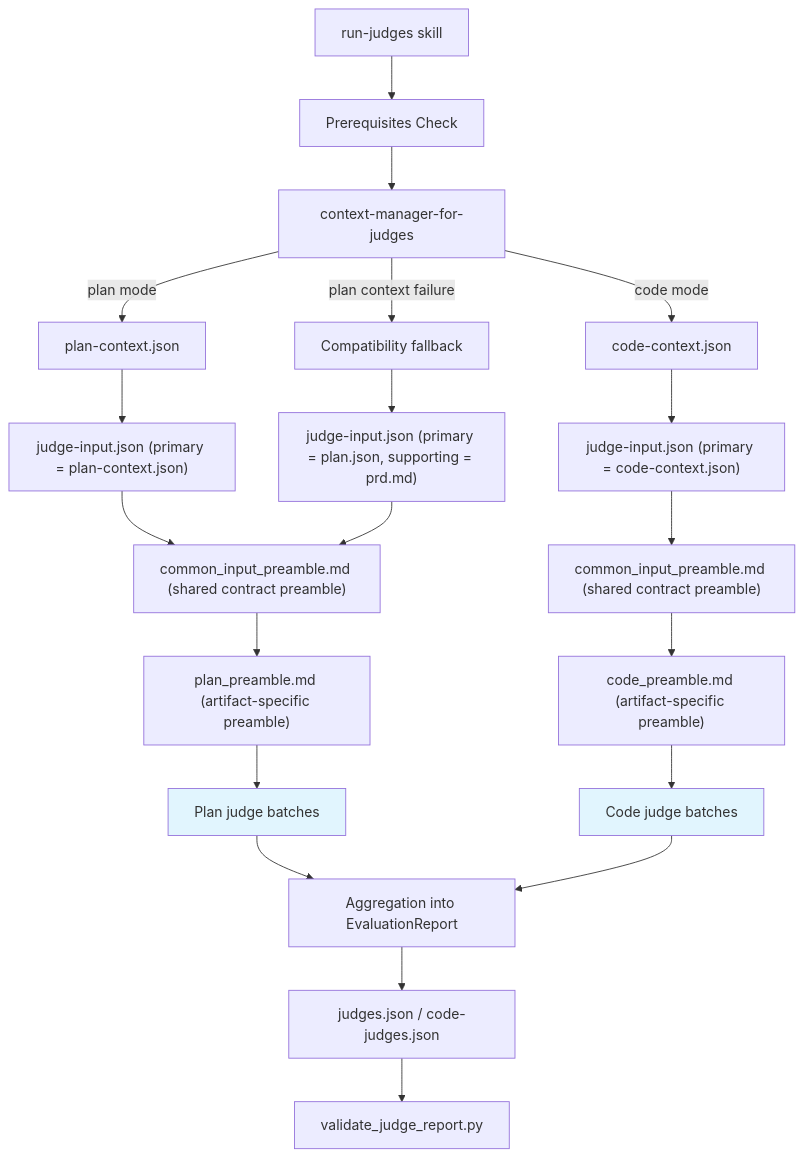
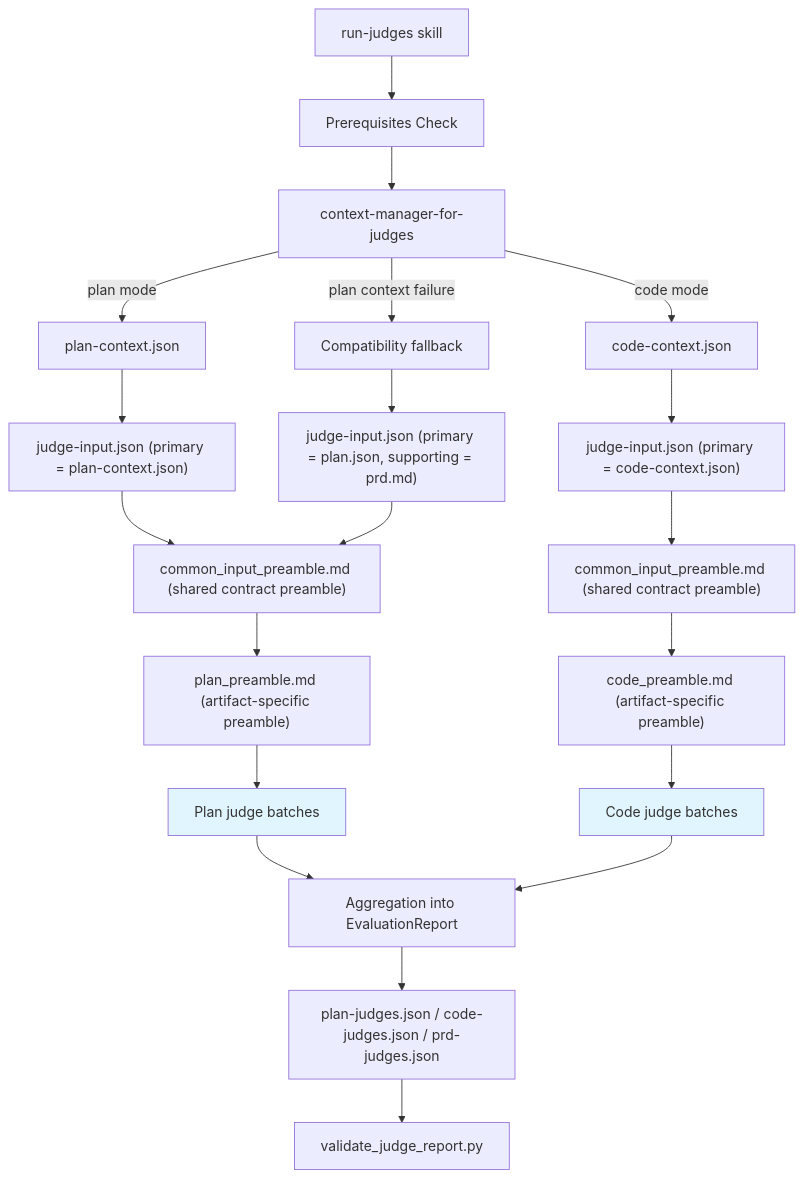
One commit to closedloop-ai/claude-plugins changed the diagram in plugins/judges/README.md. Above: the diagram before and after it, drawn with Mermaid. The commit also changed other lines of this file and 6 other files, not shown here.

````diff
--- a/plugins/judges/README.md
+++ b/plugins/judges/README.md
@@ -21,25 +21,25 @@
 ```mermaid
 graph TD
     Start[run-judges skill] --> Check[Prerequisites Check]
     Check --> CtxMgr[context-manager-for-judges]
     CtxMgr -->|plan mode| PlanJSON["plan-context.json"]
     PlanJSON --> PlanInput["judge-input.json (primary = plan-context.json)"]
     PlanInput --> CommonPlan["common_input_preamble.md (shared contract preamble)"]
     CommonPlan --> PlanPreamble["plan_preamble.md (artifact-specific preamble)"]
     PlanPreamble --> PlanBatches[Plan judge batches]
     CtxMgr -->|code mode| CodeJSON["code-context.json"]
     CodeJSON --> CodeInput["judge-input.json (primary = code-context.json)"]
     CodeInput --> CommonCode["common_input_preamble.md (shared contract preamble)"]
     CommonCode --> CodePreamble["code_preamble.md (artifact-specific preamble)"]
     CodePreamble --> CodeBatches[Code judge batches]
     CtxMgr -->|plan context failure| Compat[Compatibility fallback]
     Compat --> CompatInput["judge-input.json (primary = plan.json, supporting = prd.md)"]
     CompatInput --> CommonPlan
     PlanBatches --> Agg[Aggregation into EvaluationReport]
     CodeBatches --> Agg
-    Agg --> Report["judges.json / code-judges.json"]
+    Agg --> Report["plan-judges.json / code-judges.json / prd-judges.json"]
     Report --> Validate["validate_judge_report.py"]
 
     style PlanBatches fill:#e1f5fe
     style CodeBatches fill:#e1f5fe
 ```
````
